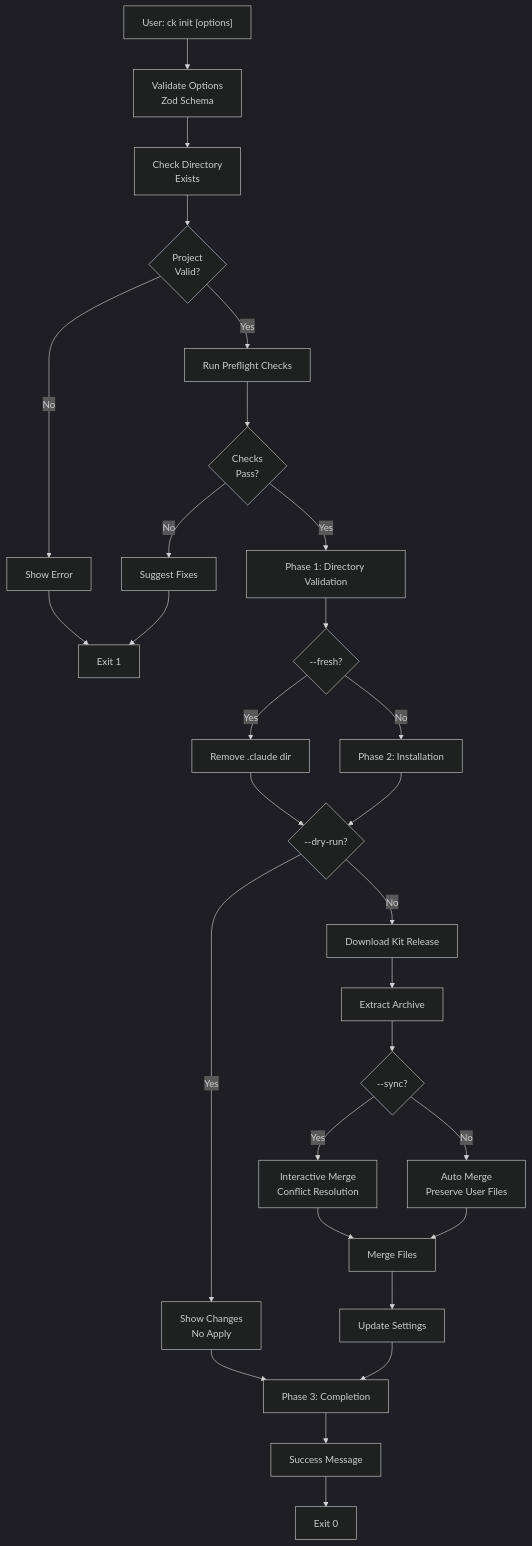
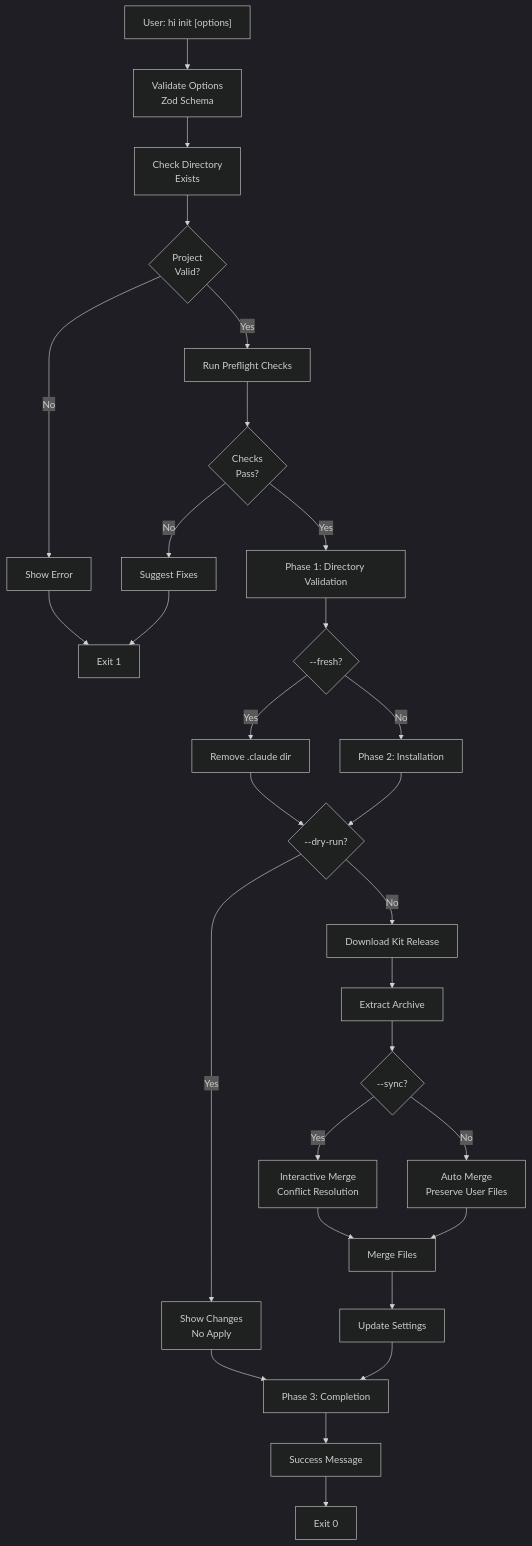
One commit to kaeljune/hilab-cli changed the third of 12 diagrams in docs/hi-command-flow-guide.md. Above: the diagram before and after it, drawn with Mermaid (dark theme). The commit also changed other lines of this file and 38 other files, not shown here.

````diff
--- a/docs/hi-command-flow-guide.md
+++ b/docs/hi-command-flow-guide.md
@@ -115,31 +115,31 @@
 ```mermaid
 flowchart TD
-    A["User: ck init [options]"] --> B["Validate Options<br/>Zod Schema"]
+    A["User: hi init [options]"] --> B["Validate Options<br/>Zod Schema"]
     B --> C["Check Directory<br/>Exists"]
     C --> D{"Project<br/>Valid?"}
     D -->|No| E["Show Error"]
     E --> F["Exit 1"]
     D -->|Yes| G["Run Preflight Checks"]
     G --> H{"Checks<br/>Pass?"}
     H -->|No| I["Suggest Fixes"]
     I --> F
     H -->|Yes| J["Phase 1: Directory Validation"]
     J --> K{"--fresh?"}
     K -->|Yes| L["Remove .claude dir"]
     K -->|No| M["Phase 2: Installation"]
     L --> N{"--dry-run?"}
     M --> N
     N -->|Yes| O["Show Changes<br/>No Apply"]
     N -->|No| P["Download Kit Release"]
     O --> Q["Phase 3: Completion"]
     P --> R["Extract Archive"]
     R --> S{"--sync?"}
     S -->|Yes| T["Interactive Merge<br/>Conflict Resolution"]
     S -->|No| U["Auto Merge<br/>Preserve User Files"]
     T --> V["Merge Files"]
     U --> V
     V --> W["Update Settings"]
     W --> Q
     Q --> X["Success Message"]
     X --> Y["Exit 0"]
 ```
````
